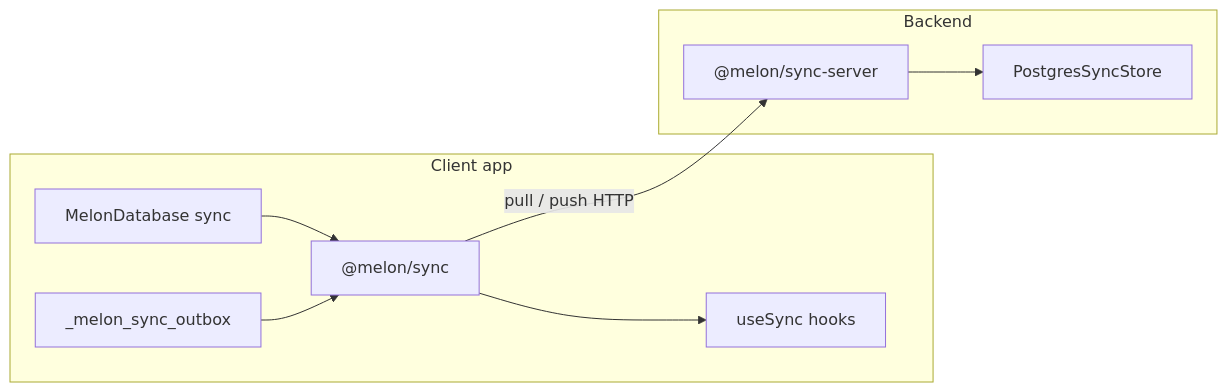
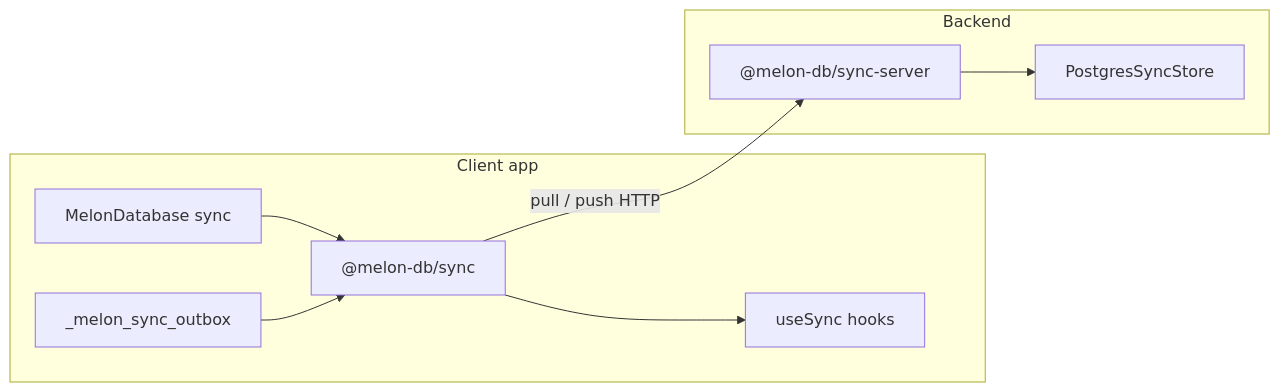
One commit to nwnichols02/melon-db changed the first of 3 diagrams in apps/docs/content/docs/architecture/sync.mdx. Above: the diagram before and after it, drawn with Mermaid. The commit also changed other lines of this file and 541 other files, not shown here.

````diff
--- a/apps/docs/content/docs/architecture/sync.mdx
+++ b/apps/docs/content/docs/architecture/sync.mdx
@@ -12,20 +12,20 @@
 ```mermaid
 flowchart LR
   subgraph clientApp ["Client app"]
     MDB["MelonDatabase sync"]
     Outbox["_melon_sync_outbox"]
-    Sync["@melon/sync"]
+    Sync["@melon-db/sync"]
     Hooks["useSync hooks"]
     MDB --> Sync
     Outbox --> Sync
     Sync --> Hooks
   end
 
   subgraph backend ["Backend"]
-    Server["@melon/sync-server"]
+    Server["@melon-db/sync-server"]
     PG["PostgresSyncStore"]
     Server --> PG
   end
 
   Sync -->|"pull / push HTTP"| Server
 ```
````
